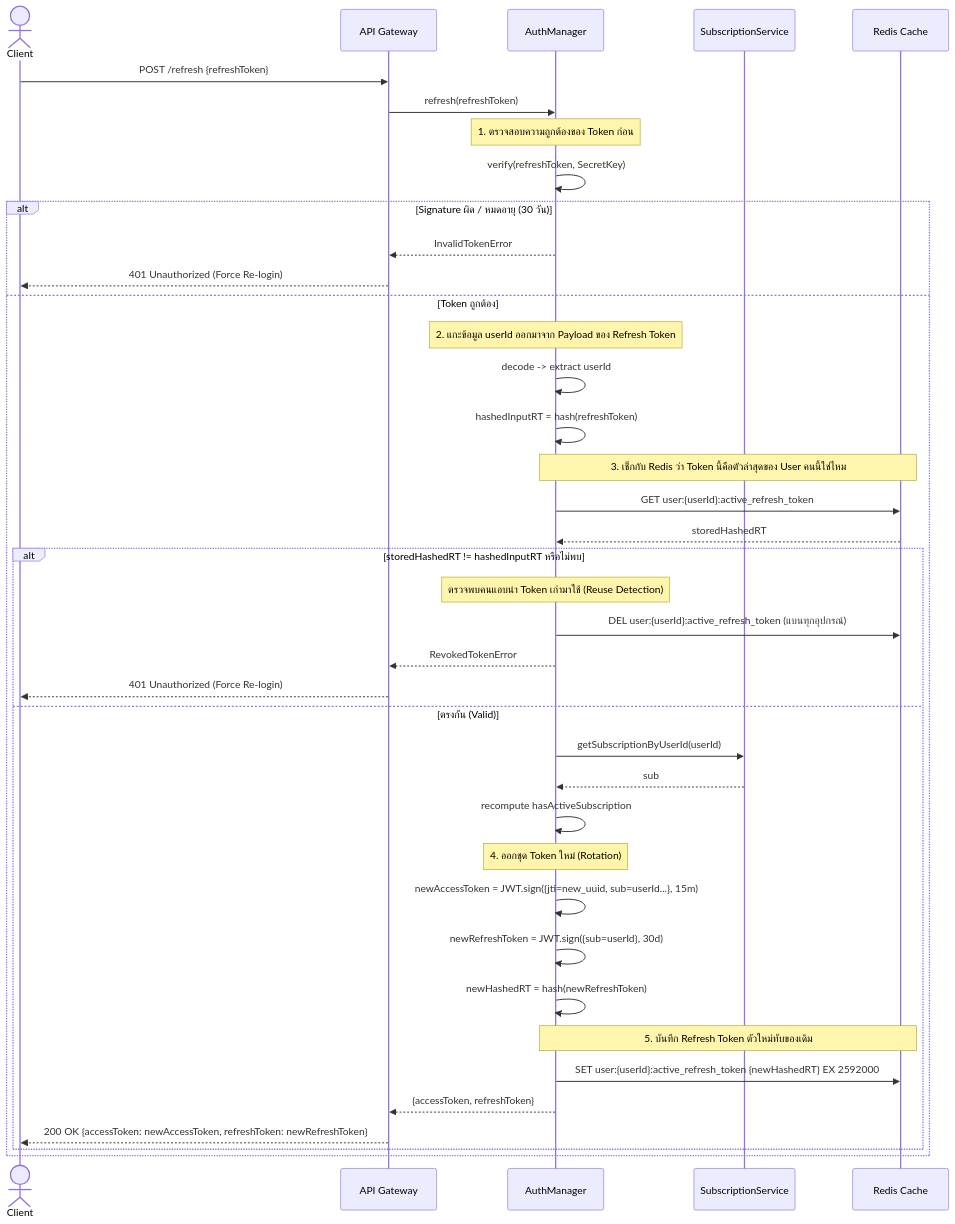
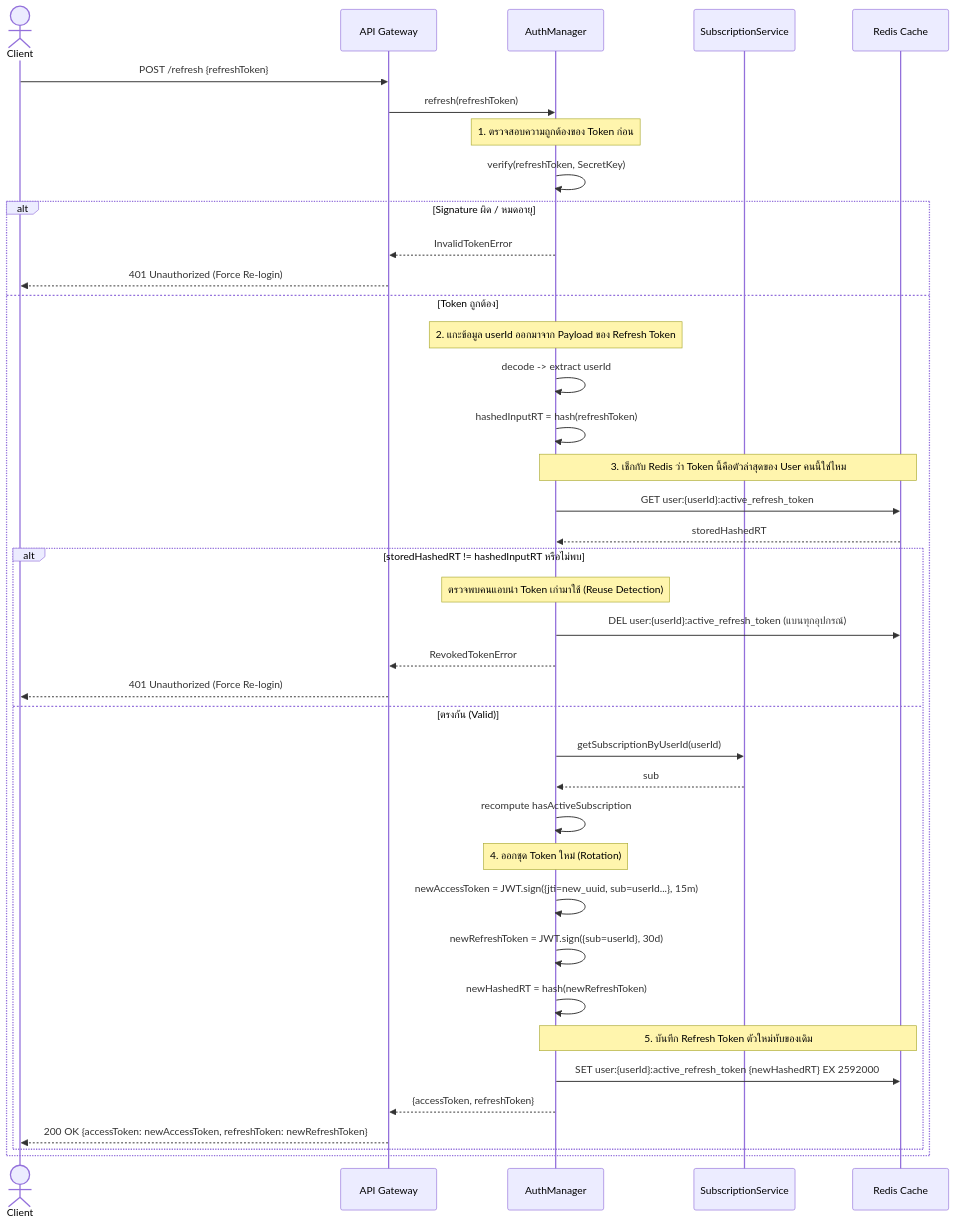
Before and after one commit to Bank-e/Music-Video-Streaming-Subscription-System: the third of 4 diagrams in doc/sequence_02_auth.md, drawn with Mermaid.

Commit message:
modified:   doc/sequence_02_auth.md

````diff
--- a/doc/sequence_02_auth.md
+++ b/doc/sequence_02_auth.md
@@ -91,48 +91,48 @@
 ```mermaid
 sequenceDiagram
   actor Client
   participant API as API Gateway
   participant AM as AuthManager
   participant SS as SubscriptionService
   participant Cache as Redis Cache
 
   Client->>API: POST /refresh {refreshToken}
   API->>AM: refresh(refreshToken)
 
   Note over AM: 1. ตรวจสอบความถูกต้องของ Token ก่อน
   AM->>AM: verify(refreshToken, SecretKey)
-  alt Signature ผิด / หมดอายุ (30 วัน)
+  alt Signature ผิด / หมดอายุ
     AM-->>API: InvalidTokenError
     API-->>Client: 401 Unauthorized (Force Re-login)
   else Token ถูกต้อง
     Note over AM: 2. แกะข้อมูล userId ออกมาจาก Payload ของ Refresh Token
     AM->>AM: decode -> extract userId
     AM->>AM: hashedInputRT = hash(refreshToken)
 
     Note over AM,Cache: 3. เช็กกับ Redis ว่า Token นี้คือตัวล่าสุดของ User คนนี้ใช่ไหม
     AM->>Cache: GET user:{userId}:active_refresh_token
     Cache-->>AM: storedHashedRT
 
     alt storedHashedRT != hashedInputRT หรือไม่พบ
       Note over AM: ตรวจพบคนแอบนำ Token เก่ามาใช้ (Reuse Detection)
       AM->>Cache: DEL user:{userId}:active_refresh_token (แบนทุกอุปกรณ์)
       AM-->>API: RevokedTokenError
       API-->>Client: 401 Unauthorized (Force Re-login)
     else ตรงกัน (Valid)
       AM->>SS: getSubscriptionByUserId(userId)
       SS-->>AM: sub
       AM->>AM: recompute hasActiveSubscription
 
       Note over AM: 4. ออกชุด Token ใหม่ (Rotation)
       AM->>AM: newAccessToken = JWT.sign({jti=new_uuid, sub=userId...}, 15m)
       AM->>AM: newRefreshToken = JWT.sign({sub=userId}, 30d)
       AM->>AM: newHashedRT = hash(newRefreshToken)
 
       Note over AM,Cache: 5. บันทึก Refresh Token ตัวใหม่ทับของเดิม
       AM->>Cache: SET user:{userId}:active_refresh_token {newHashedRT} EX 2592000
 
       AM-->>API: {accessToken, refreshToken}
       API-->>Client: 200 OK {accessToken: newAccessToken, refreshToken: newRefreshToken}
     end
   end
 ```
````
